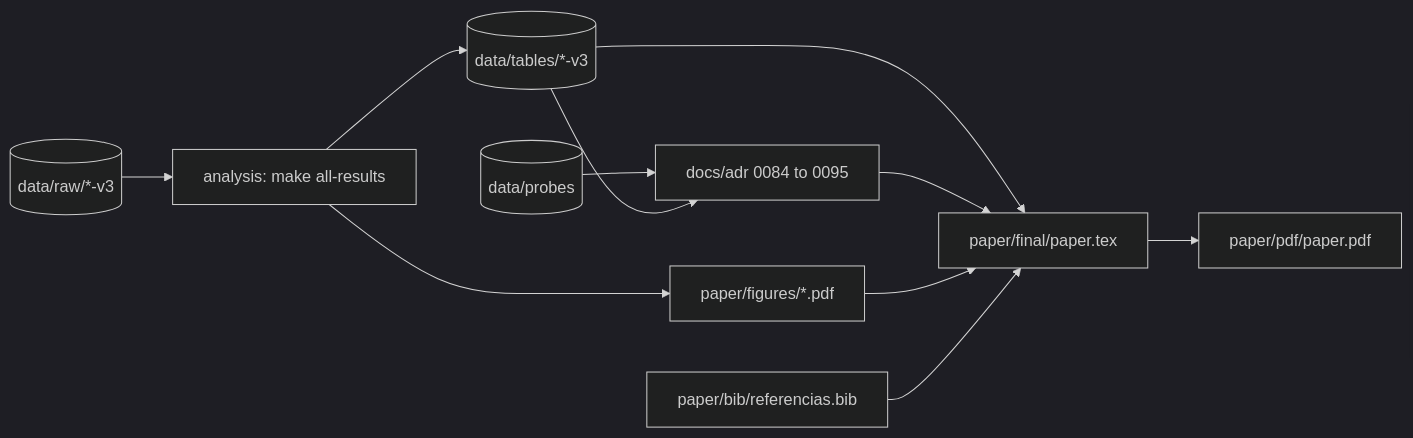
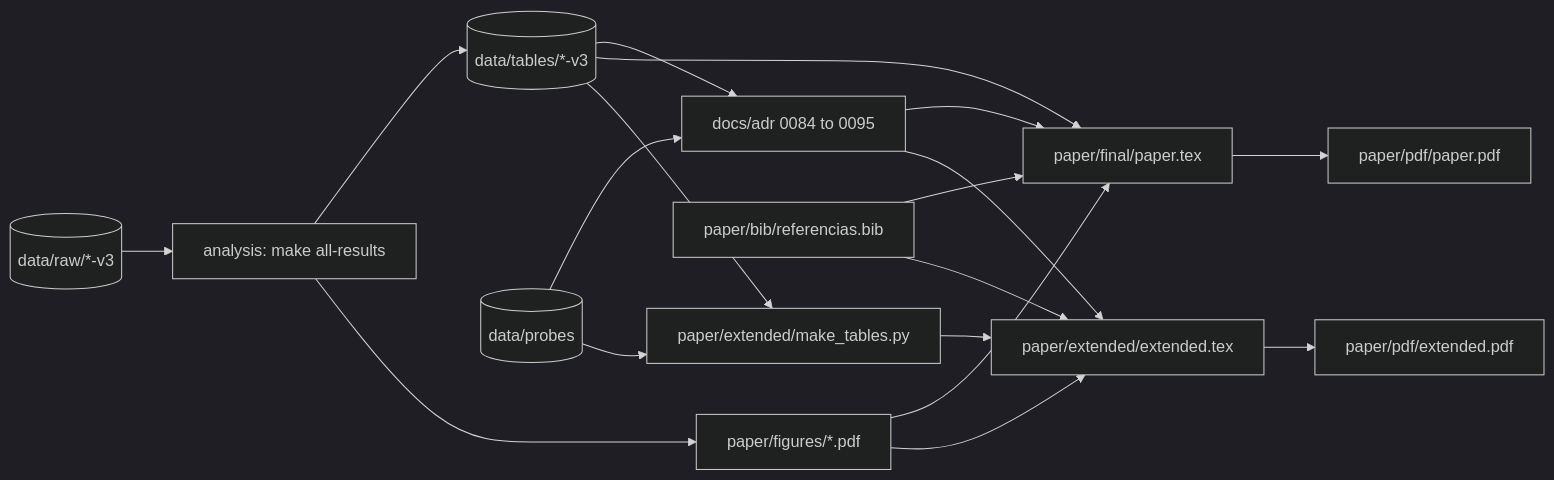
One commit to DavidCCoimbra/Scalability-of-Parallel-Code-in-WebAssembly-in-the-Browser-vs-Native changed the diagram in paper/README.md. Above: the diagram before and after it, drawn with Mermaid (dark theme). The commit also changed other lines of this file and 14 other files, not shown here.

Commit message:
docs(paper): add the compiled extended report and its place in the paper README

````diff
--- a/paper/README.md
+++ b/paper/README.md
@@ -24,13 +31,20 @@
 ```mermaid
 flowchart LR
     raw[("data/raw/*-v3")] --> analysis["analysis: make all-results"]
     analysis --> tables[("data/tables/*-v3")]
     analysis --> figures["paper/figures/*.pdf"]
     probes[("data/probes")] --> adr["docs/adr 0084 to 0095"]
     tables --> adr
     tables --> tex["paper/final/paper.tex"]
     adr --> tex
     figures --> tex
     bib["paper/bib/referencias.bib"] --> tex
     tex --> pdf["paper/pdf/paper.pdf"]
+    tables --> gen["paper/extended/make_tables.py"]
+    probes --> gen
+    gen --> long["paper/extended/extended.tex"]
+    adr --> long
+    figures --> long
+    bib --> long
+    long --> longpdf["paper/pdf/extended.pdf"]
 ```
````
